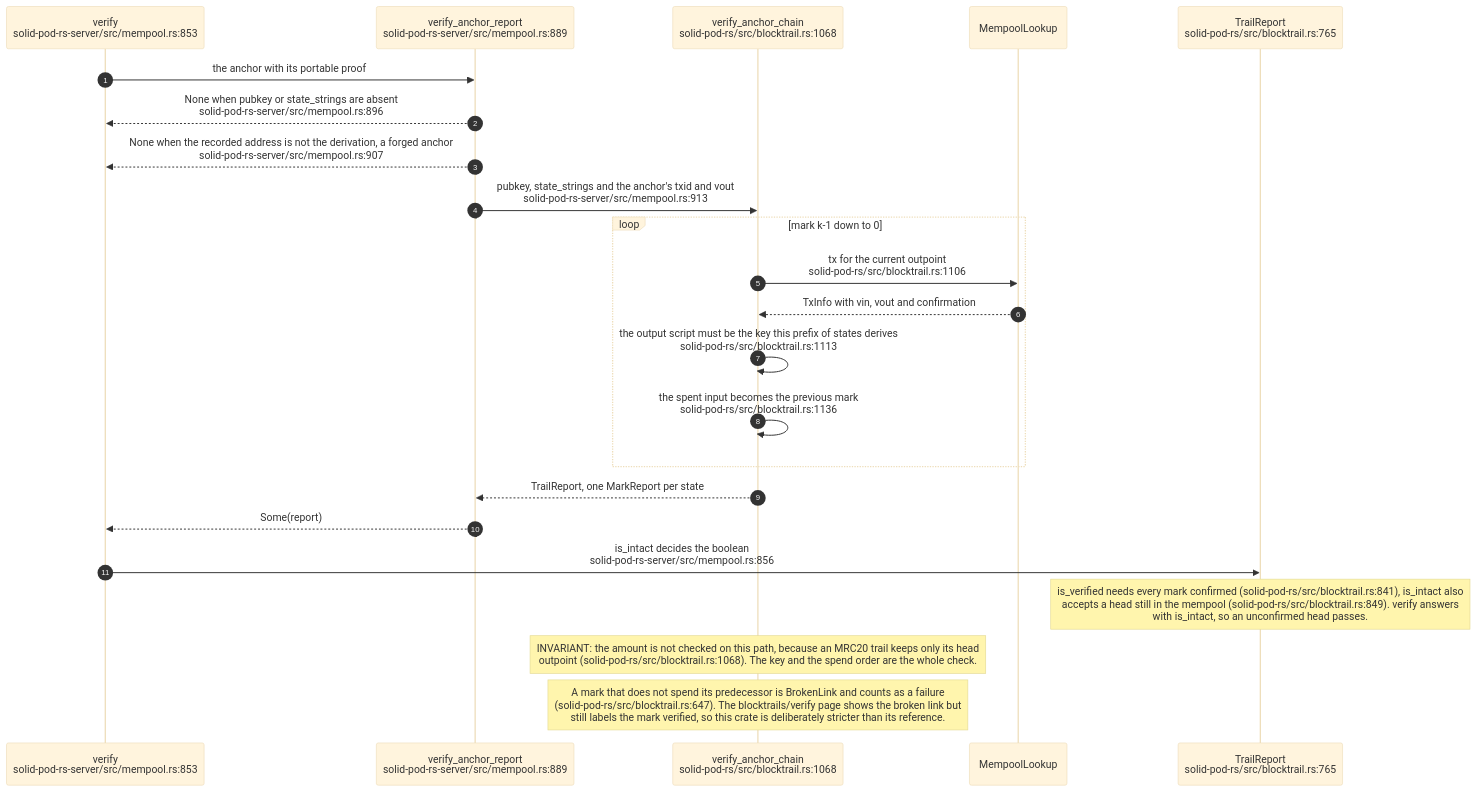
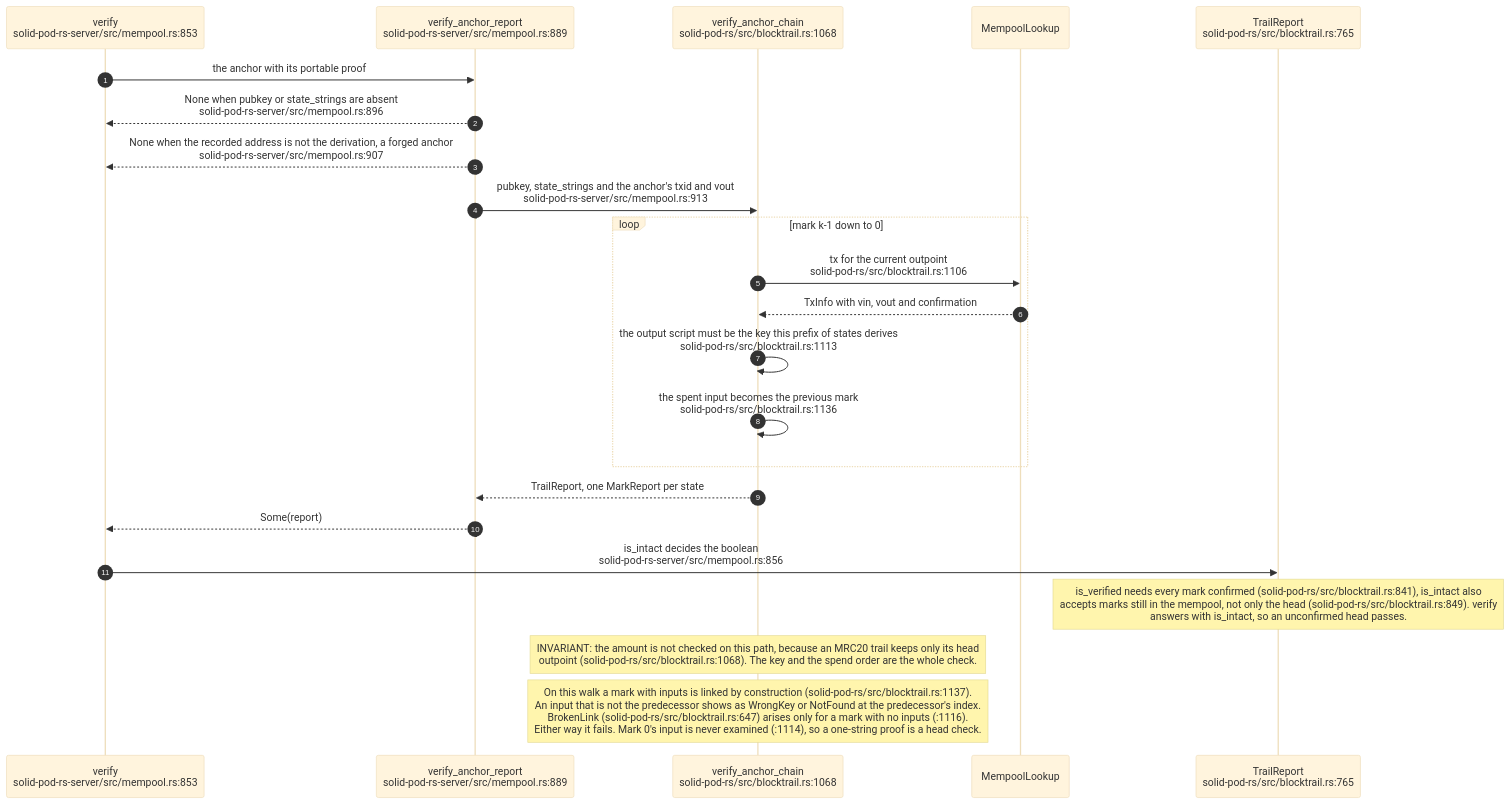
One commit to DreamLab-AI/VisionFlow changed diagram 18 of 19 in docs/diagrams/solid-pod-rs/07-provenance-and-payments.md. Above: the diagram before and after it, drawn with Mermaid (base theme). The commit also changed other lines of this file and 47 other files, not shown here.

````diff
--- a/docs/diagrams/solid-pod-rs/07-provenance-and-payments.md
+++ b/docs/diagrams/solid-pod-rs/07-provenance-and-payments.md
@@ -499,26 +508,26 @@
 ```mermaid
 sequenceDiagram
     autonumber
     participant V as verify<br/>solid-pod-rs-server/src/mempool.rs:853
     participant R as verify_anchor_report<br/>solid-pod-rs-server/src/mempool.rs:889
     participant W as verify_anchor_chain<br/>solid-pod-rs/src/blocktrail.rs:1068
     participant M as MempoolLookup
     participant T as TrailReport<br/>solid-pod-rs/src/blocktrail.rs:765
 
     V->>R: the anchor with its portable proof
     R-->>V: None when pubkey or state_strings are absent<br/>solid-pod-rs-server/src/mempool.rs:896
     R-->>V: None when the recorded address is not the derivation, a forged anchor<br/>solid-pod-rs-server/src/mempool.rs:907
     R->>W: pubkey, state_strings and the anchor's txid and vout<br/>solid-pod-rs-server/src/mempool.rs:913
     loop mark k-1 down to 0
         W->>M: tx for the current outpoint<br/>solid-pod-rs/src/blocktrail.rs:1106
         M-->>W: TxInfo with vin, vout and confirmation
         W->>W: the output script must be the key this prefix of states derives<br/>solid-pod-rs/src/blocktrail.rs:1113
         W->>W: the spent input becomes the previous mark<br/>solid-pod-rs/src/blocktrail.rs:1136
     end
     W-->>R: TrailReport, one MarkReport per state
     R-->>V: Some(report)
     V->>T: is_intact decides the boolean<br/>solid-pod-rs-server/src/mempool.rs:856
-    Note over T: is_verified needs every mark confirmed (solid-pod-rs/src/blocktrail.rs:841), is_intact also<br/>accepts a head still in the mempool (solid-pod-rs/src/blocktrail.rs:849). verify answers<br/>with is_intact, so an unconfirmed head passes.
+    Note over T: is_verified needs every mark confirmed (solid-pod-rs/src/blocktrail.rs:841), is_intact also<br/>accepts marks still in the mempool, not only the head (solid-pod-rs/src/blocktrail.rs:849). verify<br/>answers with is_intact, so an unconfirmed head passes.
     Note over W: INVARIANT: the amount is not checked on this path, because an MRC20 trail keeps only its head<br/>outpoint (solid-pod-rs/src/blocktrail.rs:1068). The key and the spend order are the whole check.
-    Note over W: A mark that does not spend its predecessor is BrokenLink and counts as a failure<br/>(solid-pod-rs/src/blocktrail.rs:647). The blocktrails/verify page shows the broken link but<br/>still labels the mark verified, so this crate is deliberately stricter than its reference.
+    Note over W: On this walk a mark with inputs is linked by construction (solid-pod-rs/src/blocktrail.rs:1137).<br/>An input that is not the predecessor shows as WrongKey or NotFound at the predecessor's index.<br/>BrokenLink (solid-pod-rs/src/blocktrail.rs:647) arises only for a mark with no inputs (:1116).<br/>Either way it fails. Mark 0's input is never examined (:1114), so a one-string proof is a head check.
 ```
````
